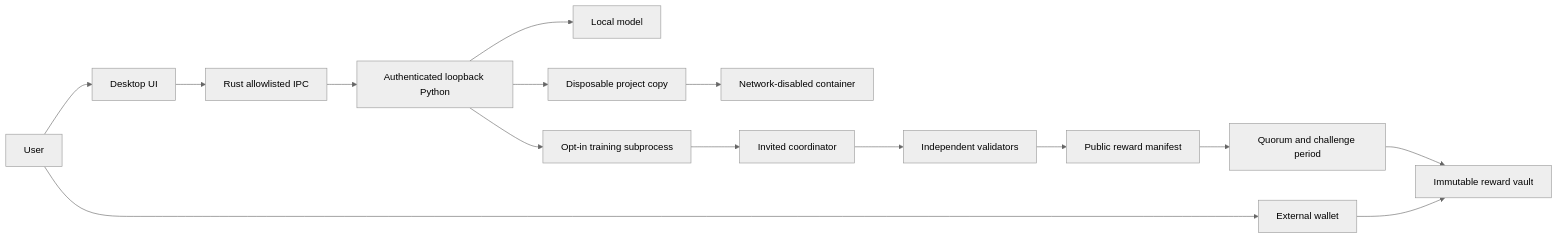
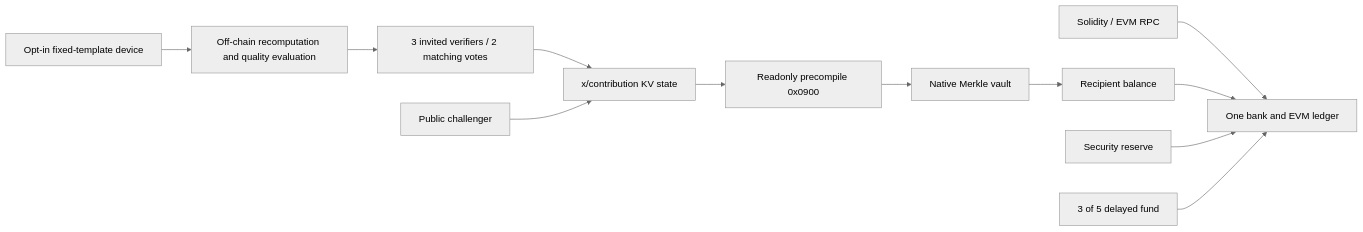
One commit to xtm521/heyuna changed the diagram in docs/architecture.md. Above: the diagram before and after it, drawn with Mermaid (neutral theme). The commit also changed other lines of this file and 213 other files, not shown here.

First line of the commit message:
feat: sovereign EVM researchnet and verified native contribution baseline (#17)

````diff
--- a/docs/architecture.md
+++ b/docs/architecture.md
@@ -5,17 +5,14 @@
 ```mermaid
 flowchart LR
- U[User] --> D[Desktop UI]
- D --> I[Rust allowlisted IPC]
- I --> L[Authenticated loopback Python]
- L --> M[Local model]
- L --> P[Disposable project copy]
- P --> S[Network-disabled container]
- L --> W[Opt-in training subprocess]
- W --> C[Invited coordinator]
- C --> V[Independent validators]
- V --> R[Public reward manifest]
- R --> Q[Quorum and challenge period]
- Q --> E[Immutable reward vault]
- U --> X[External wallet]
- X --> E
+ W[Opt-in fixed-template device] --> V[Off-chain recomputation and quality evaluation]
+ V --> M[3 invited verifiers / 2 matching votes]
+ M --> C[x/contribution KV state]
+ U[Public challenger] --> C
+ C --> P[Readonly precompile 0x0900]
+ P --> R[Native Merkle vault]
+ R --> A[Recipient balance]
+ E[Solidity / EVM RPC] --> B[One bank and EVM ledger]
+ A --> B
+ S[Security reserve] --> B
+ F[3 of 5 delayed fund] --> B
 ```
````
